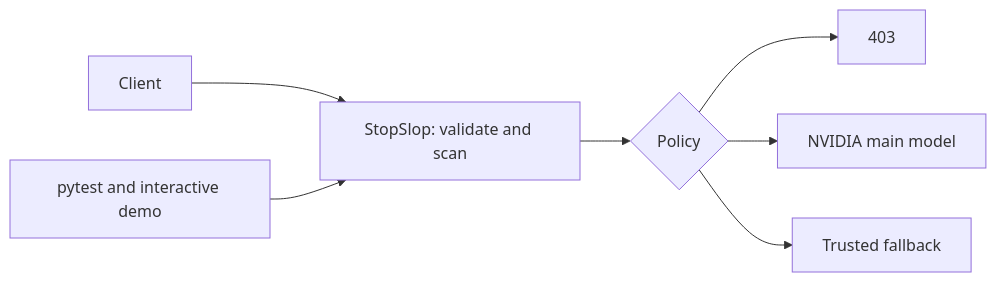
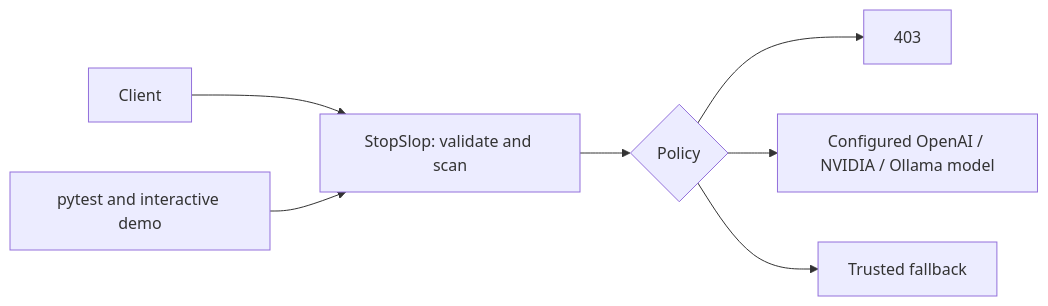
One commit to Frankoslaw/StopSlop changed the diagram in docs/requirements.md. Above: the diagram before and after it, drawn with Mermaid. The commit also changed other lines of this file and 36 other files, not shown here.

````diff
--- a/docs/requirements.md
+++ b/docs/requirements.md
@@ -5,9 +5,9 @@
 ```mermaid
 flowchart LR
     Client --> Proxy[StopSlop: validate and scan]
     Proxy --> Policy{Policy}
     Policy --> Block[403]
-    Policy --> Main[NVIDIA main model]
+    Policy --> Main[Configured OpenAI / NVIDIA / Ollama model]
     Policy --> Fallback[Trusted fallback]
     Tests[pytest and interactive demo] --> Proxy
 ```
````
